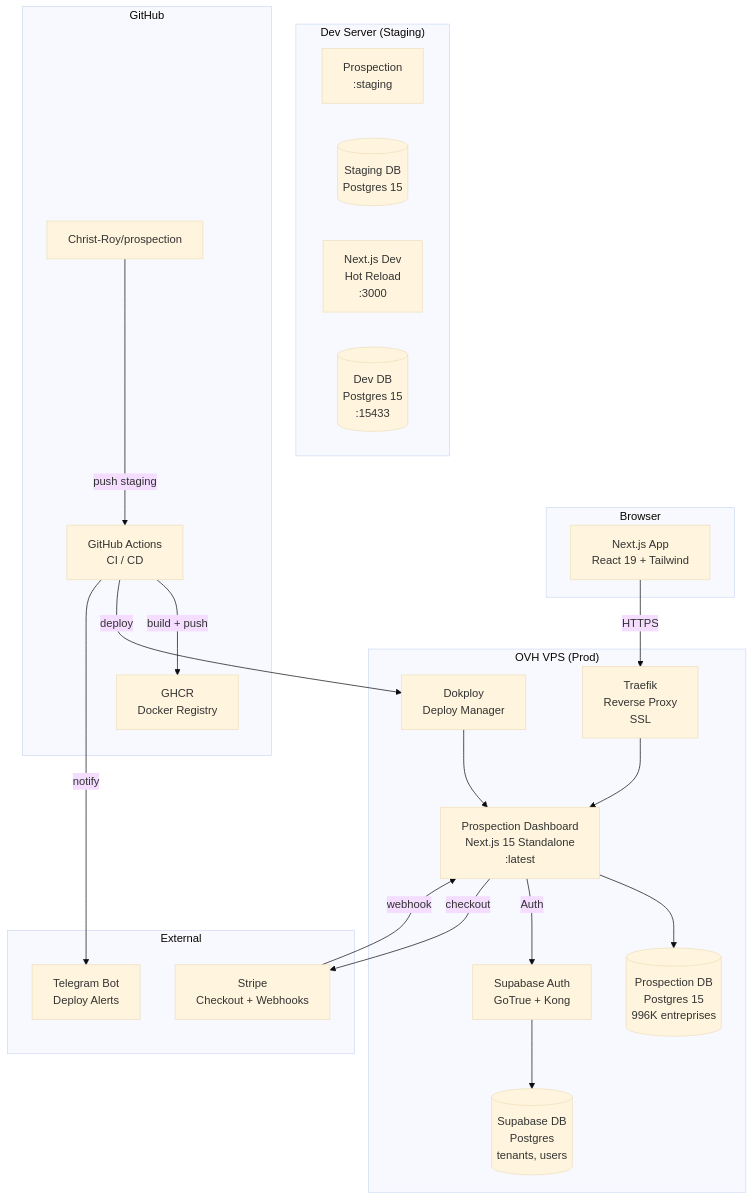
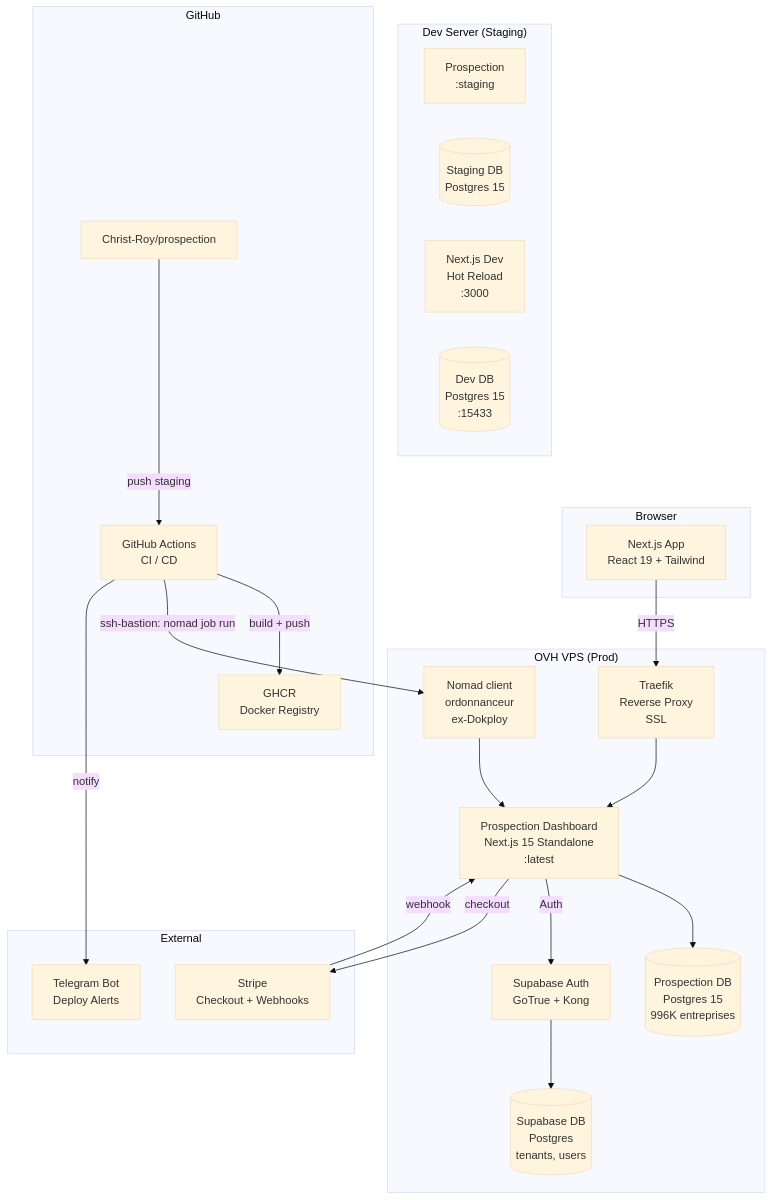
Before and after one commit to Christ-Roy/veridian-prospection: the diagram in docs/ARCHITECTURE.md, drawn with Mermaid (base theme). The commit also changed other lines of this file and 11 other files, not shown here.

Commit message:
docs: purge mentions Dokploy trompeuses → Nomad (nomad-v, /nomad)

````diff
--- a/docs/ARCHITECTURE.md
+++ b/docs/ARCHITECTURE.md
@@ -5,48 +5,48 @@
 ```mermaid
 graph TB
     subgraph Browser
         UI[Next.js App<br/>React 19 + Tailwind]
     end
 
     subgraph "OVH VPS (Prod)"
         Traefik[Traefik<br/>Reverse Proxy<br/>SSL]
         Prospection[Prospection Dashboard<br/>Next.js 15 Standalone<br/>:latest]
         ProspectionDB[(Prospection DB<br/>Postgres 15<br/>996K entreprises)]
         SupabaseAuth[Supabase Auth<br/>GoTrue + Kong]
         SupabaseDB[(Supabase DB<br/>Postgres<br/>tenants, users)]
-        Dokploy[Dokploy<br/>Deploy Manager]
+        Nomad[Nomad client<br/>ordonnanceur<br/>ex-Dokploy]
     end
 
     subgraph "Dev Server (Staging)"
         StagingApp[Prospection<br/>:staging]
         StagingDB[(Staging DB<br/>Postgres 15)]
         DevApp[Next.js Dev<br/>Hot Reload<br/>:3000]
         DevDB[(Dev DB<br/>Postgres 15<br/>:15433)]
     end
 
     subgraph "GitHub"
         Repo[Christ-Roy/prospection]
         CI[GitHub Actions<br/>CI / CD]
         GHCR[GHCR<br/>Docker Registry]
     end
 
     subgraph "External"
         Stripe[Stripe<br/>Checkout + Webhooks]
         Telegram[Telegram Bot<br/>Deploy Alerts]
     end
 
     UI -->|HTTPS| Traefik
     Traefik --> Prospection
     Prospection --> ProspectionDB
     Prospection -->|Auth| SupabaseAuth
     SupabaseAuth --> SupabaseDB
 
     Repo -->|push staging| CI
     CI -->|build + push| GHCR
-    CI -->|deploy| Dokploy
-    Dokploy --> Prospection
+    CI -->|ssh-bastion: nomad job run| Nomad
+    Nomad --> Prospection
     CI -->|notify| Telegram
 
     Prospection -->|checkout| Stripe
     Stripe -->|webhook| Prospection
 ```
````
